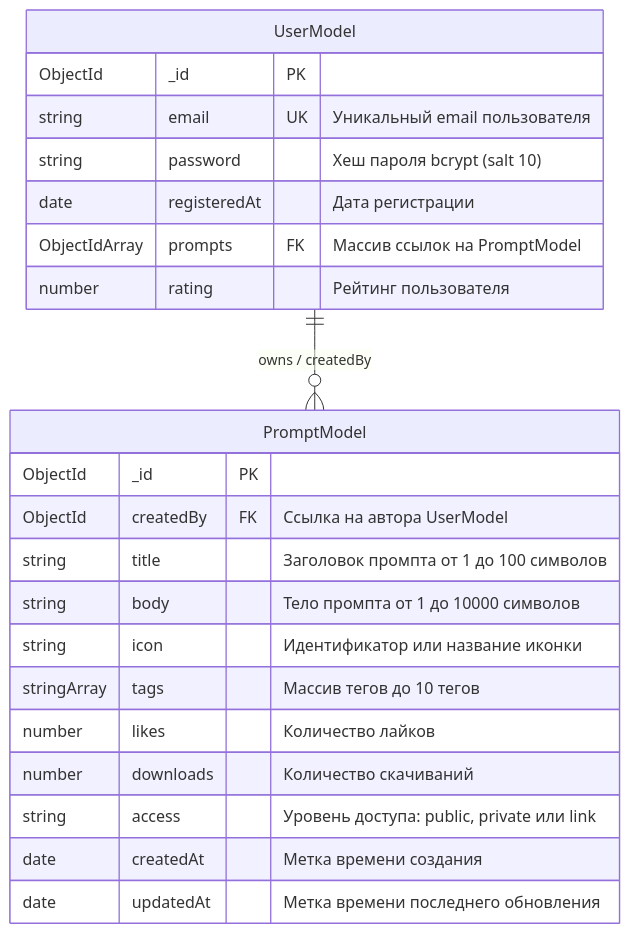
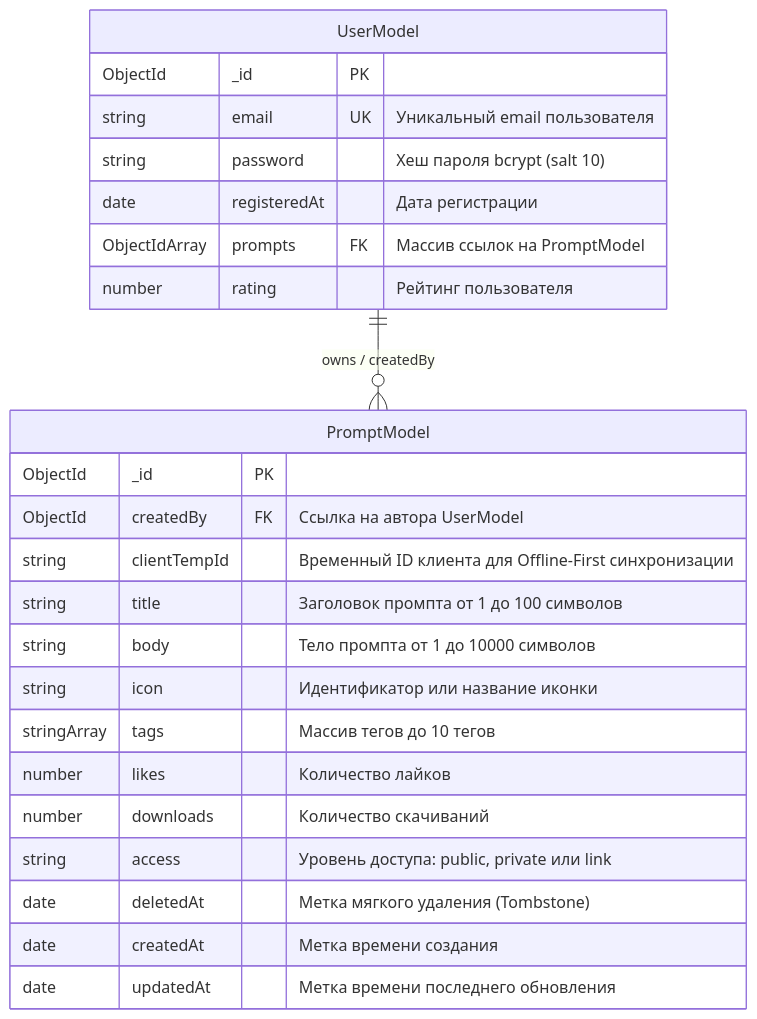
One commit to TemplaGem/TemplaGem_backend changed the third of 5 diagrams in docs/WIKI_BACKEND_AND_DATABASE.md. Above: the diagram before and after it, drawn with Mermaid. The commit also changed other lines of this file and 11 other files, not shown here.

Commit message:
feat(sync): add offline-first prompts sync endpoint and soft delete

````diff
--- a/docs/WIKI_BACKEND_AND_DATABASE.md
+++ b/docs/WIKI_BACKEND_AND_DATABASE.md
@@ -223,25 +224,27 @@
 ```mermaid
 erDiagram
     UserModel ||--o{ PromptModel : "owns / createdBy"
     UserModel {
         ObjectId _id PK
         string email UK "Уникальный email пользователя"
         string password "Хеш пароля bcrypt (salt 10)"
         date registeredAt "Дата регистрации"
         ObjectIdArray prompts FK "Массив ссылок на PromptModel"
         number rating "Рейтинг пользователя"
     }
     PromptModel {
         ObjectId _id PK
         ObjectId createdBy FK "Ссылка на автора UserModel"
+        string clientTempId "Временный ID клиента для Offline-First синхронизации"
         string title "Заголовок промпта от 1 до 100 символов"
         string body "Тело промпта от 1 до 10000 символов"
         string icon "Идентификатор или название иконки"
         stringArray tags "Массив тегов до 10 тегов"
         number likes "Количество лайков"
         number downloads "Количество скачиваний"
         string access "Уровень доступа: public, private или link"
+        date deletedAt "Метка мягкого удаления (Tombstone)"
         date createdAt "Метка времени создания"
         date updatedAt "Метка времени последнего обновления"
     }
 ```
````
